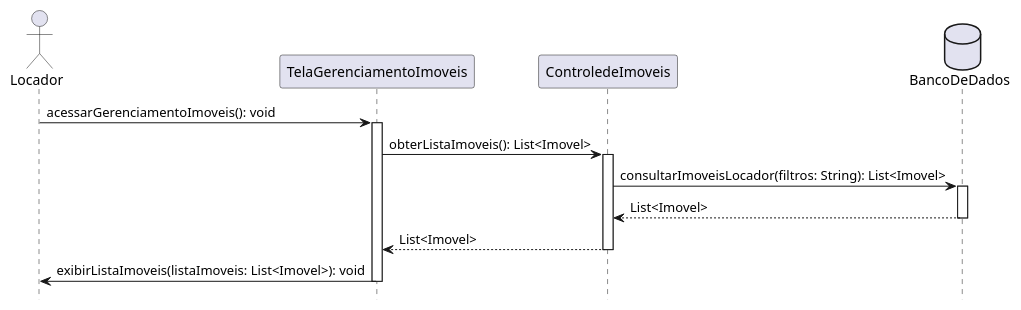
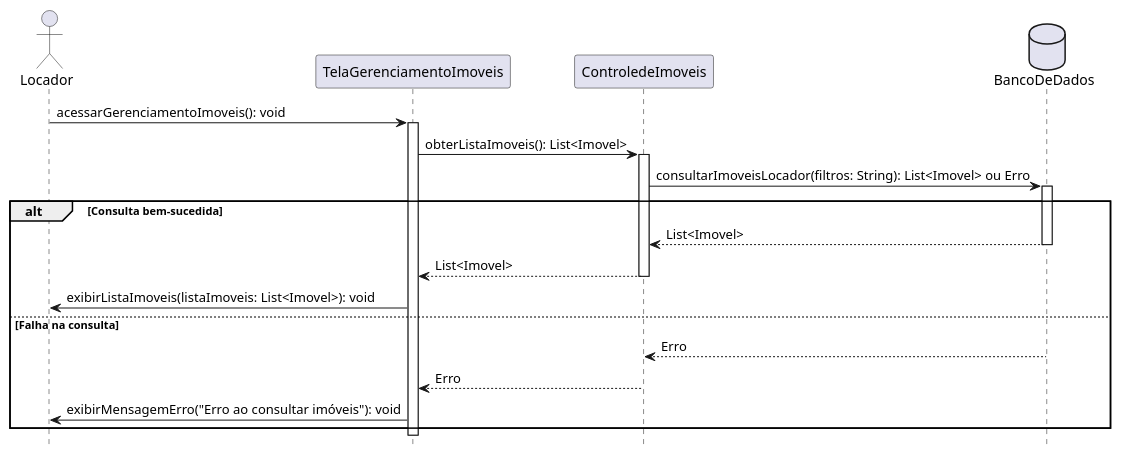
Before and after one commit to clarameira/SistemaImoveis: the diagram in sequencialocadorGERENCIARIMOVEL.iuml, drawn with PlantUML. The commit also changed 3 other files, not shown here.

Commit message:
Diagramas de Sequencia de Locador com Fluxo Alternativo

```diff
--- a/sequencialocadorGERENCIARIMOVEL.iuml
+++ b/sequencialocadorGERENCIARIMOVEL.iuml
@@ -1,25 +1,38 @@
 @startuml "Acessar Gerenciamento de Imóveis"
 hide footbox
 
 actor Locador as locador
 participant "TelaGerenciamentoImoveis" as tela_gerenciamento
 participant "ControledeImoveis" as controle_imoveis
 database "BancoDeDados" as bd
 
 locador -> tela_gerenciamento: acessarGerenciamentoImoveis(): void
 activate tela_gerenciamento
+
 tela_gerenciamento -> controle_imoveis: obterListaImoveis(): List<Imovel>
 activate controle_imoveis
 
-controle_imoveis -> bd: consultarImoveisLocador(filtros: String): List<Imovel>
+controle_imoveis -> bd: consultarImoveisLocador(filtros: String): List<Imovel> ou Erro
 activate bd
-bd --> controle_imoveis: List<Imovel>
-deactivate bd
 
-controle_imoveis --> tela_gerenciamento: List<Imovel>
-deactivate controle_imoveis
+alt Consulta bem-sucedida
+    bd --> controle_imoveis: List<Imovel>
+    deactivate bd
 
-tela_gerenciamento -> locador: exibirListaImoveis(listaImoveis: List<Imovel>): void
+    controle_imoveis --> tela_gerenciamento: List<Imovel>
+    deactivate controle_imoveis
+
+    tela_gerenciamento -> locador: exibirListaImoveis(listaImoveis: List<Imovel>): void
+else Falha na consulta
+    bd --> controle_imoveis: Erro
+    deactivate bd
+
+    controle_imoveis --> tela_gerenciamento: Erro
+    deactivate controle_imoveis
+
+    tela_gerenciamento -> locador: exibirMensagemErro("Erro ao consultar imóveis"): void
+end
+
 deactivate tela_gerenciamento
 
 @enduml
```
